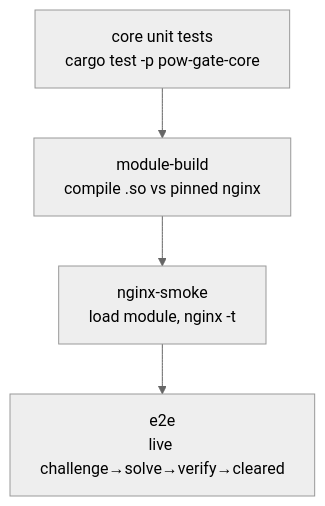
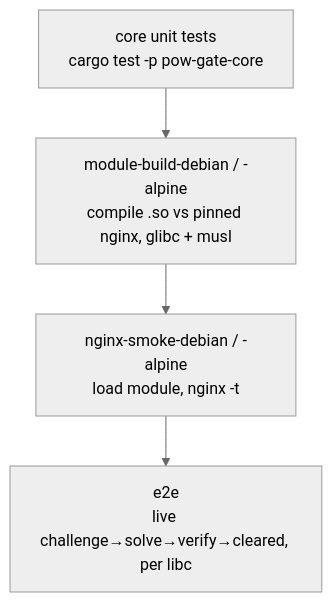
The diagram in docs/testing.md (teian/ngx_http_pow_gate), drawn with Mermaid (neutral theme) before and after one commit. The commit also changed other lines of this file and 7 other files, not shown here.

First line of the commit message:
ci: verifiable + reproducible builds for glibc/musl on amd64/arm64

````diff
--- a/docs/testing.md
+++ b/docs/testing.md
@@ -7,6 +7,6 @@
 ```mermaid
 flowchart TD
-    A[core unit tests<br/>cargo test -p pow-gate-core] --> B[module-build<br/>compile .so vs pinned nginx]
-    B --> C[nginx-smoke<br/>load module, nginx -t]
-    C --> D[e2e<br/>live challenge→solve→verify→cleared]
+    A[core unit tests<br/>cargo test -p pow-gate-core] --> B[module-build-debian / -alpine<br/>compile .so vs pinned nginx, glibc + musl]
+    B --> C[nginx-smoke-debian / -alpine<br/>load module, nginx -t]
+    C --> D[e2e<br/>live challenge→solve→verify→cleared, per libc]
 ```
````
